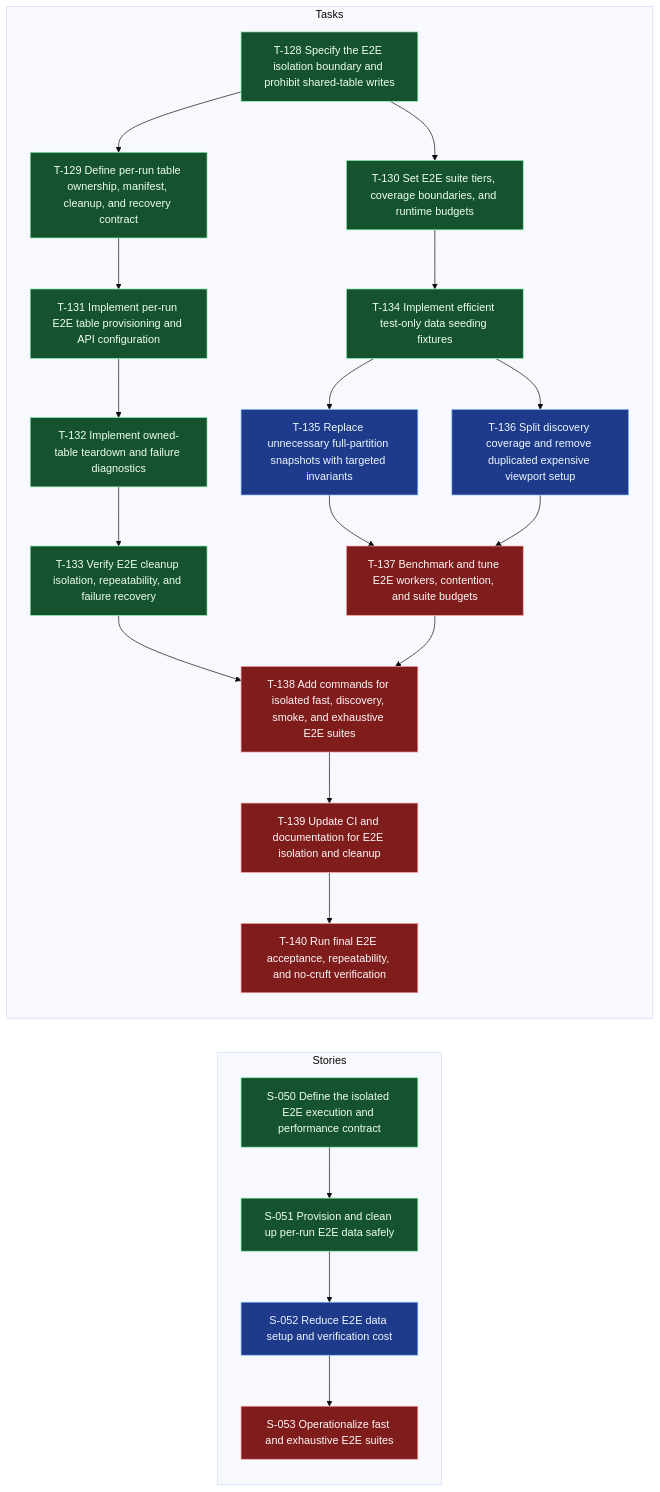
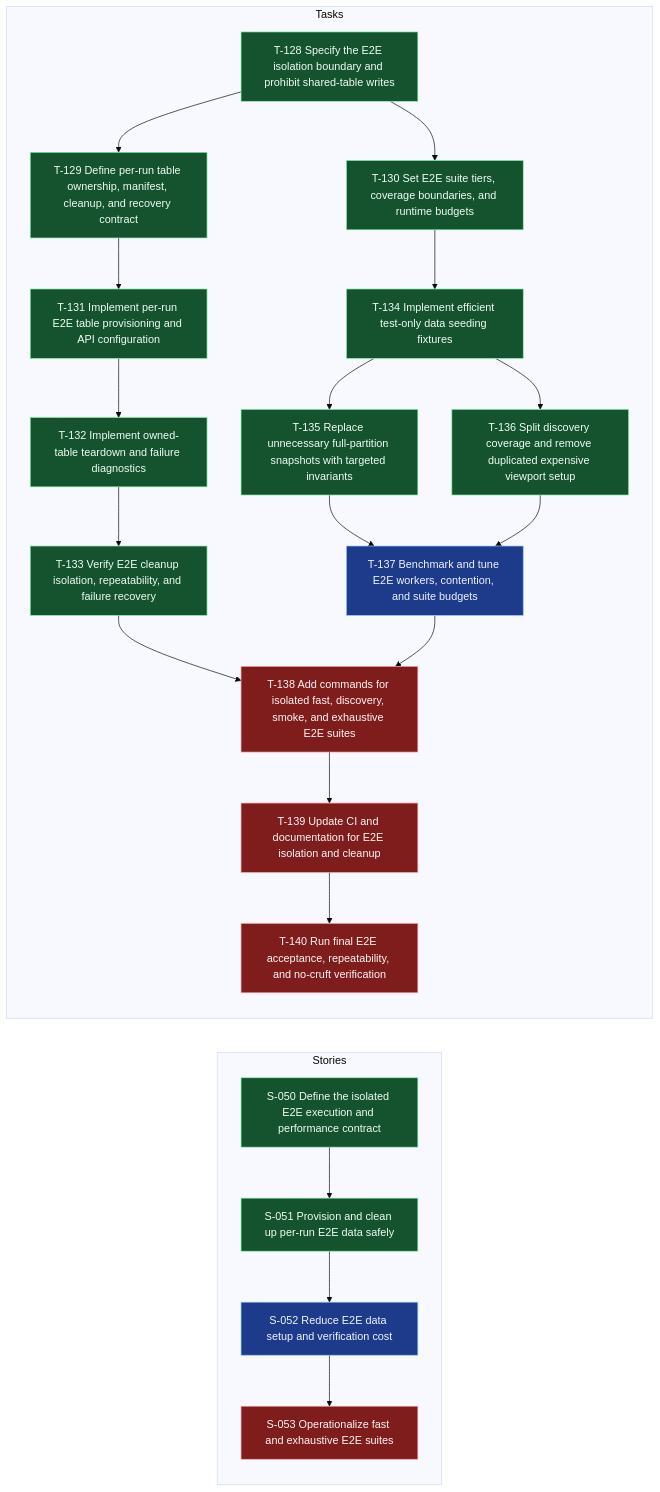
One commit to andybalham/invite-agent changed the diagram in .worktracker/graphs/E-014.mmd. Above: the diagram before and after it, drawn with Mermaid (base theme). The commit also changed 15 other files, not shown here.

```diff
--- a/.worktracker/graphs/E-014.mmd
+++ b/.worktracker/graphs/E-014.mmd
@@ -1,61 +1,61 @@
 graph LR
   classDef done fill:#14532d,stroke:#86efac,color:#f0fdf4;
   classDef blocked fill:#7f1d1d,stroke:#fca5a5,color:#fff7f7;
   classDef inprogress fill:#78350f,stroke:#fbbf24,color:#fffbeb;
   classDef todo fill:#1e3a8a,stroke:#93c5fd,color:#eff6ff;
   classDef empty fill:#374151,stroke:#d1d5db,color:#f9fafb,stroke-dasharray: 3 3;
   subgraph Stories
     S050["S-050 Define the isolated E2E execution and performance contract"]:::done
     S051["S-051 Provision and clean up per-run E2E data safely"]:::done
     S052["S-052 Reduce E2E data setup and verification cost"]:::todo
     S053["S-053 Operationalize fast and exhaustive E2E suites"]:::blocked
     S050 --> S051
     S051 --> S052
     S052 --> S053
   end
   subgraph Tasks
     T128["T-128 Specify the E2E isolation boundary and prohibit shared-table writes"]:::done
     T129["T-129 Define per-run table ownership, manifest, cleanup, and recovery contract"]:::done
     T130["T-130 Set E2E suite tiers, coverage boundaries, and runtime budgets"]:::done
     T131["T-131 Implement per-run E2E table provisioning and API configuration"]:::done
     T132["T-132 Implement owned-table teardown and failure diagnostics"]:::done
     T133["T-133 Verify E2E cleanup isolation, repeatability, and failure recovery"]:::done
     T134["T-134 Implement efficient test-only data seeding fixtures"]:::done
-    T135["T-135 Replace unnecessary full-partition snapshots with targeted invariants"]:::todo
-    T136["T-136 Split discovery coverage and remove duplicated expensive viewport setup"]:::todo
-    T137["T-137 Benchmark and tune E2E workers, contention, and suite budgets"]:::blocked
+    T135["T-135 Replace unnecessary full-partition snapshots with targeted invariants"]:::done
+    T136["T-136 Split discovery coverage and remove duplicated expensive viewport setup"]:::done
+    T137["T-137 Benchmark and tune E2E workers, contention, and suite budgets"]:::todo
     T138["T-138 Add commands for isolated fast, discovery, smoke, and exhaustive E2E suites"]:::blocked
     T139["T-139 Update CI and documentation for E2E isolation and cleanup"]:::blocked
     T140["T-140 Run final E2E acceptance, repeatability, and no-cruft verification"]:::blocked
     T128 --> T129
     T128 --> T130
     T129 --> T131
     T130 --> T134
     T131 --> T132
     T132 --> T133
     T133 --> T138
     T134 --> T135
     T134 --> T136
     T135 --> T137
     T136 --> T137
     T137 --> T138
     T138 --> T139
     T139 --> T140
   end
   click S050 "../entities/S-050-define-the-isolated-e2e-execution-and-performance-contract.md"
   click S051 "../entities/S-051-provision-and-clean-up-per-run-e2e-data-safely.md"
   click S052 "../entities/S-052-reduce-e2e-data-setup-and-verification-cost.md"
   click S053 "../entities/S-053-operationalize-fast-and-exhaustive-e2e-suites.md"
   click T128 "../entities/T-128-specify-the-e2e-isolation-boundary-and-prohibit-shared-table-writes.md"
   click T129 "../entities/T-129-define-per-run-table-ownership-manifest-cleanup-and-recovery-contract.md"
   click T130 "../entities/T-130-set-e2e-suite-tiers-coverage-boundaries-and-runtime-budgets.md"
   click T131 "../entities/T-131-implement-per-run-e2e-table-provisioning-and-api-configuration.md"
   click T132 "../entities/T-132-implement-owned-table-teardown-and-failure-diagnostics.md"
   click T133 "../entities/T-133-verify-e2e-cleanup-isolation-repeatability-and-failure-recovery.md"
   click T134 "../entities/T-134-implement-efficient-test-only-data-seeding-fixtures.md"
   click T135 "../entities/T-135-replace-unnecessary-full-partition-snapshots-with-targeted-invariants.md"
   click T136 "../entities/T-136-split-discovery-coverage-and-remove-duplicated-expensive-viewport-setup.md"
   click T137 "../entities/T-137-benchmark-and-tune-e2e-workers-contention-and-suite-budgets.md"
   click T138 "../entities/T-138-add-commands-for-isolated-fast-discovery-smoke-and-exhaustive-e2e-suites.md"
   click T139 "../entities/T-139-update-ci-and-documentation-for-e2e-isolation-and-cleanup.md"
   click T140 "../entities/T-140-run-final-e2e-acceptance-repeatability-and-no-cruft-verification.md"
```
